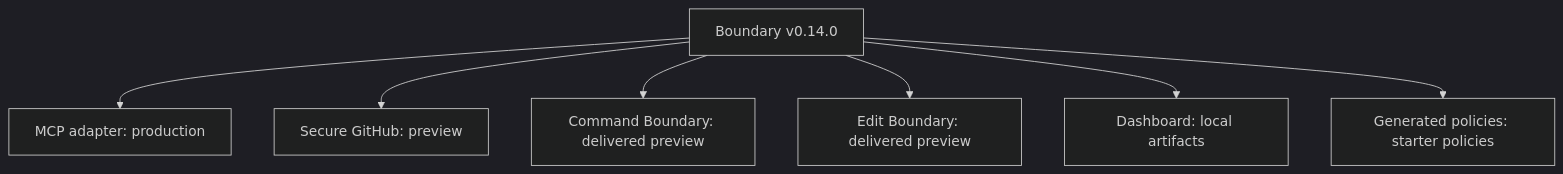
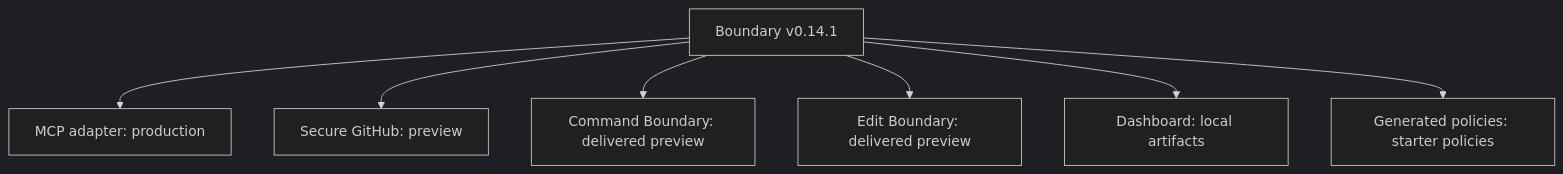
Before and after one commit to Fulcrum-Governance/Fulcrum-Boundary: the diagram in docs/diagrams/surface-status.mmd, drawn with Mermaid (dark theme). The commit also changed 19 other files, not shown here.

```diff
--- a/docs/diagrams/surface-status.mmd
+++ b/docs/diagrams/surface-status.mmd
@@ -1,7 +1,7 @@
 flowchart TB
-  B[Boundary v0.14.0] --> M[MCP adapter: production]
+  B[Boundary v0.14.1] --> M[MCP adapter: production]
   B --> G[Secure GitHub: preview]
   B --> C[Command Boundary: delivered preview]
   B --> E[Edit Boundary: delivered preview]
   B --> D[Dashboard: local artifacts]
   B --> P[Generated policies: starter policies]
```
